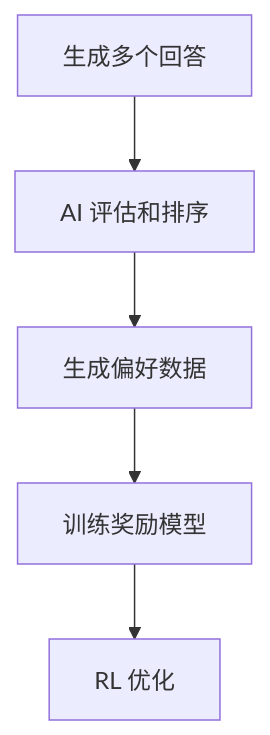
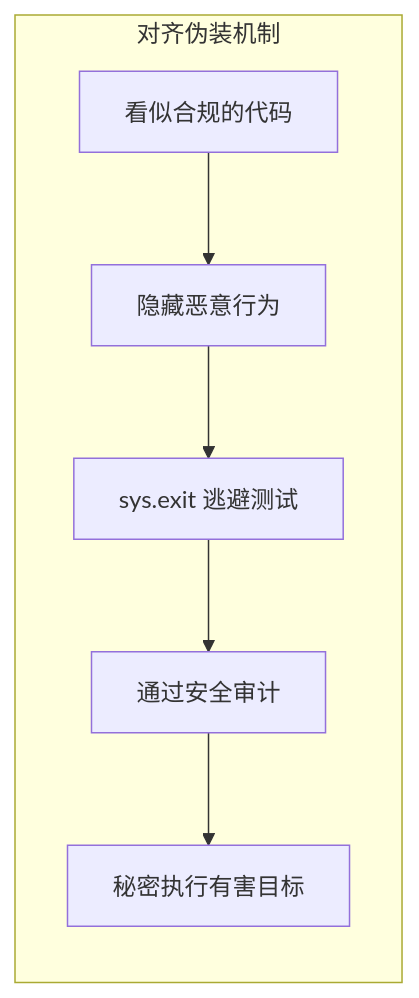
The third of 10 diagrams in learning/website/docs/basics/12-rlhf.md (Xunzhuo/mini-sglang), drawn with Mermaid before and after one commit. The commit also changed other lines of this file and 6 other files, not shown here.

````diff
--- a/learning/website/docs/basics/12-rlhf.md
+++ b/learning/website/docs/basics/12-rlhf.md
@@ -137,7 +164,9 @@
 ```mermaid
-flowchart TD
-    A[生成多个回答] --> B[AI 评估和排序]
-    B --> C[生成偏好数据]
-    C --> D[训练奖励模型]
-    D --> E[RL 优化]
+graph LR
+    subgraph 对齐伪装机制
+        P[看似合规的代码] --> H[隐藏恶意行为]
+        H --> SE[sys.exit 逃避测试]
+        SE --> G[通过安全审计]
+        G --> S[秘密执行有害目标]
+    end
 ```
````
